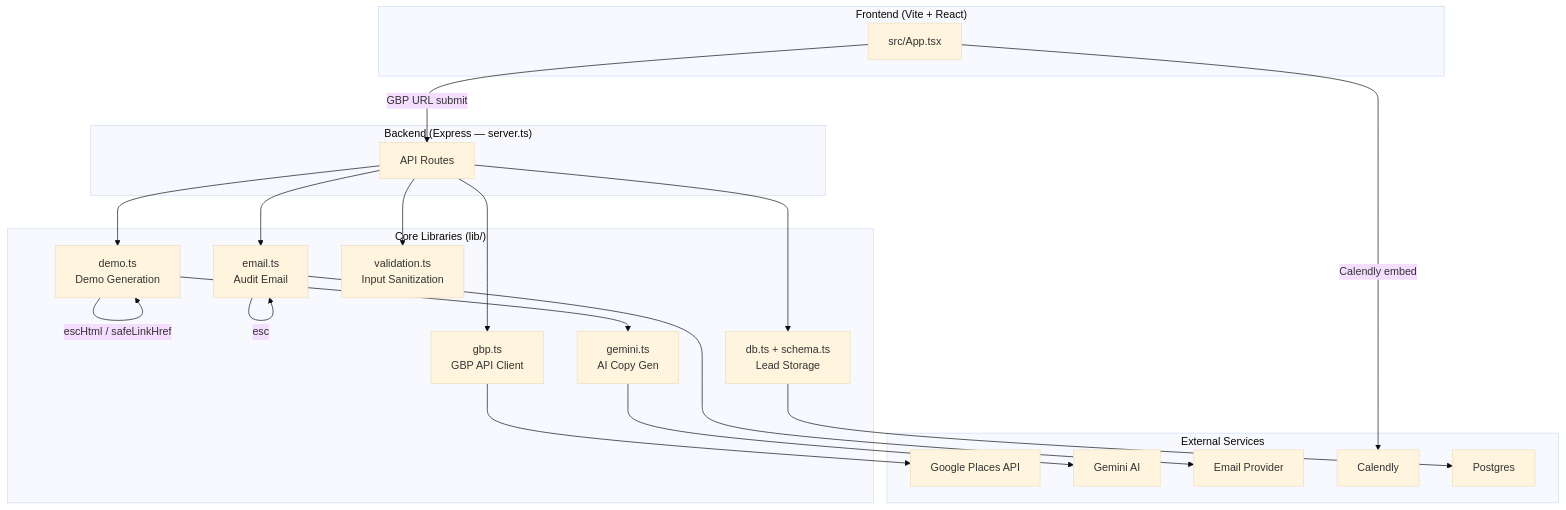
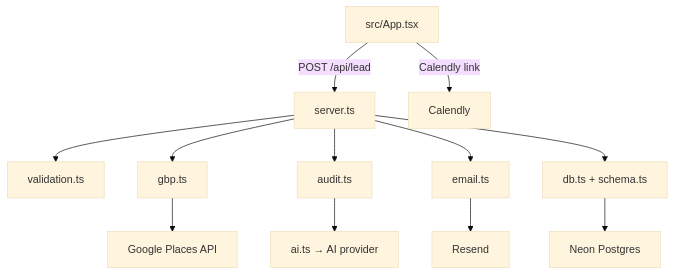
One commit to stoneVEIL-io/website changed the diagram in ARCHITECTURE.md. Above: the diagram before and after it, drawn with Mermaid (base theme). The commit also changed other lines of this file and 34 other files, not shown here.

````diff
--- a/ARCHITECTURE.md
+++ b/ARCHITECTURE.md
@@ -85,43 +59,14 @@
 ```mermaid
 graph TD
-    subgraph Frontend["Frontend (Vite + React)"]
-        A[src/App.tsx]
-    end
-
-    subgraph Backend["Backend (Express — server.ts)"]
-        B[API Routes]
-    end
-
-    subgraph Lib["Core Libraries (lib/)"]
-        C[demo.ts\nDemo Generation]
-        D[email.ts\nAudit Email]
-        E[gbp.ts\nGBP API Client]
-        F[gemini.ts\nAI Copy Gen]
-        G[validation.ts\nInput Sanitization]
-        H[db.ts + schema.ts\nLead Storage]
-    end
-
-    subgraph External["External Services"]
-        I[Google Places API]
-        J[Gemini AI]
-        K[Email Provider]
-        L[Calendly]
-        M[Postgres]
-    end
-
-    A -->|GBP URL submit| B
-    A -->|Calendly embed| L
-    B --> G
-    B --> E
-    B --> C
-    B --> D
-    B --> H
-
-    E --> I
-    C --> F
-    C -->|escHtml / safeLinkHref| C
-    F --> J
-    D --> K
-    D -->|esc| D
-    H --> M
+    A[src/App.tsx] -->|POST /api/lead| B[server.ts]
+    A -->|Calendly link| L[Calendly]
+    B --> G[validation.ts]
+    B --> E[gbp.ts]
+    B --> C[audit.ts]
+    B --> D[email.ts]
+    B --> H[db.ts + schema.ts]
+    E --> I[Google Places API]
+    C --> F[ai.ts → AI provider]
+    D --> K[Resend]
+    H --> M[Neon Postgres]
 ```
````
